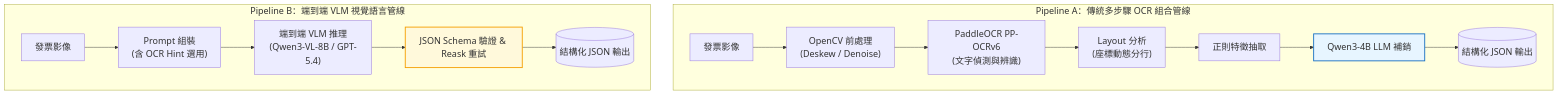
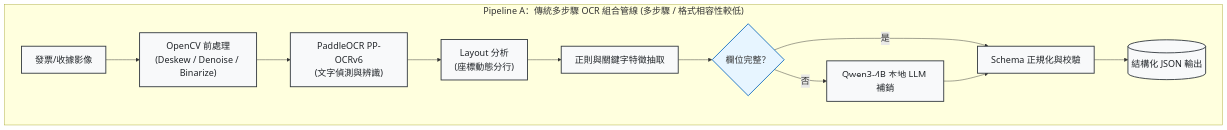
The first of 3 diagrams in README.md (kuotunyu/receipt-ocr-vlm-benchmark), drawn with Mermaid before and after one commit. The commit also changed other lines of this file, not shown here.

Commit message:
docs: enlarge Pipeline A and Pipeline B flowcharts into dedicated 20px large diagrams to prevent GitHub scaling

````diff
--- a/README.md
+++ b/README.md
@@ -33,16 +33,19 @@
 ```mermaid
 %%{init: {'themeVariables': {'fontSize': '20px'}}}%%
 flowchart TD
-    subgraph TrackA ["Pipeline A：傳統多步驟 OCR 組合管線"]
-        direction LR
-        A1["發票影像"] --> A2["OpenCV 前處理<br/>(Deskew / Denoise)"] --> A3["PaddleOCR PP-OCRv6<br/>(文字偵測與辨識)"] --> A4["Layout 分析<br/>(座標動態分行)"] --> A5["正則特徵抽取"] --> A6["Qwen3-4B LLM 補銷"] --> A7[("結構化 JSON 輸出")]
-    end
-
-    subgraph TrackB ["Pipeline B：端到端 VLM 視覺語言管線"]
-        direction LR
-        B1["發票影像"] --> B2["Prompt 組裝<br/>(含 OCR Hint 選用)"] --> B3["端到端 VLM 推理<br/>(Qwen3-VL-8B / GPT-5.4)"] --> B4["JSON Schema 驗證 & Reask 重試"] --> B5[("結構化 JSON 輸出")]
+    subgraph TrackA ["Pipeline A：傳統多步驟 OCR 組合管線 (多步驟 / 格式相容性較低)"]
+        A1["發票/收據影像"] --> A2["OpenCV 前處理<br/>(Deskew / Denoise / Binarize)"]
+        A2 --> A3["PaddleOCR PP-OCRv6<br/>(文字偵測與辨識)"]
+        A3 --> A4["Layout 分析<br/>(座標動態分行)"]
+        A4 --> A5["正則與關鍵字特徵抽取"]
+        A5 --> A6{"欄位完整？"}
+        A6 -->|否| A7["Qwen3-4B 本地 LLM 補銷"]
+        A6 -->|是| A8["Schema 正規化與校驗"]
+        A7 --> A8
+        A8 --> A9[("結構化 JSON 輸出")]
     end
 
     style A6 fill:#e7f5ff,stroke:#1971c2,stroke-width:2px
-    style B4 fill:#fff9db,stroke:#f59f00,stroke-width:2px
+    classDef pipeA fill:#f8f9fa,stroke:#343a40,stroke-width:2px,color:#212529
+    class A1,A2,A3,A4,A5,A7,A8,A9 pipeA
 ```
````
